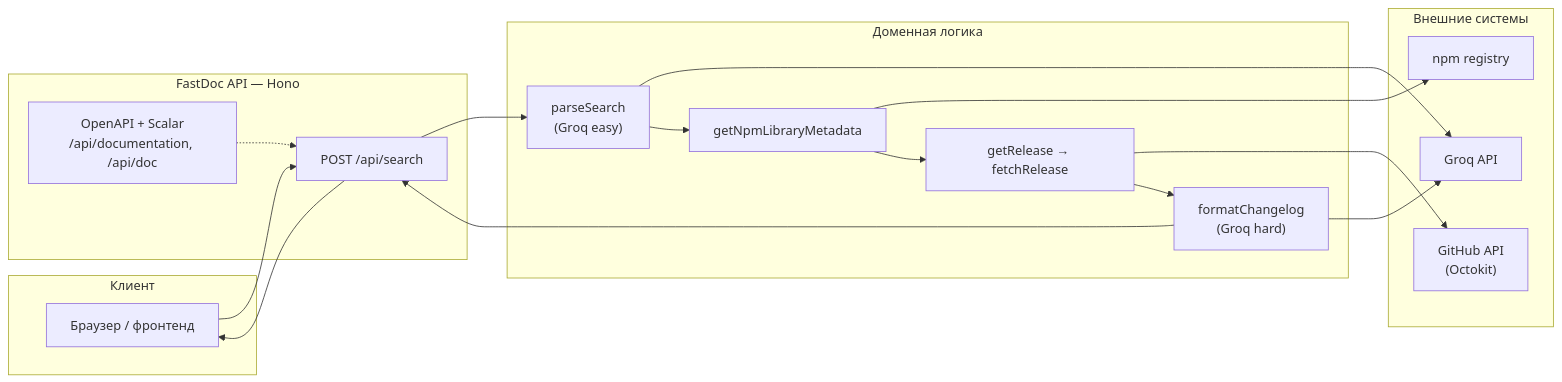
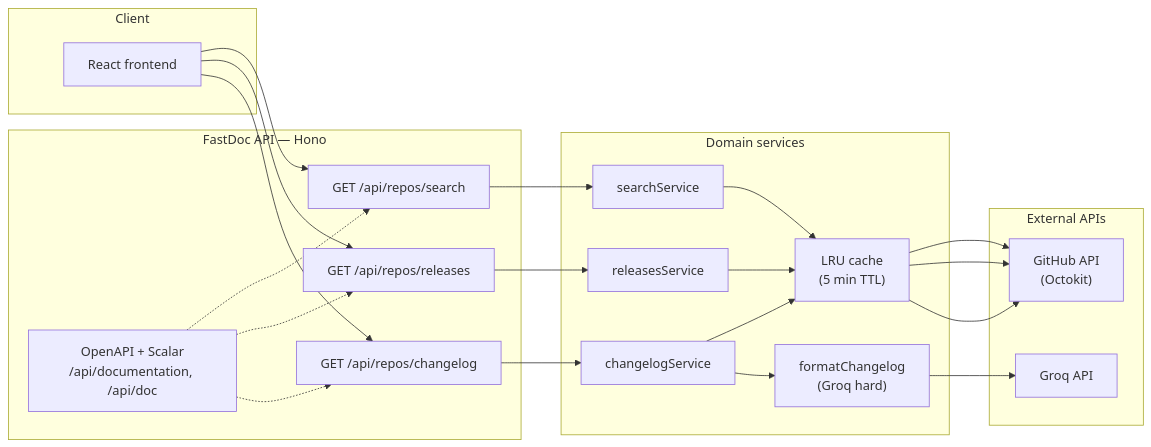
One commit to soto0/FastDoc-backend changed the first of 2 diagrams in README.md. Above: the diagram before and after it, drawn with Mermaid. The commit also changed other lines of this file and 13 other files, not shown here.

````diff
--- a/README.md
+++ b/README.md
@@ -45,32 +46,33 @@
 ```mermaid
 flowchart LR
-    subgraph Client["Клиент"]
-        FE["Браузер / фронтенд"]
+    subgraph Client["Client"]
+        FE["React frontend"]
     end
 
     subgraph API["FastDoc API — Hono"]
-        R["POST /api/search"]
+        S["GET /api/repos/search"]
+        R["GET /api/repos/releases"]
+        C["GET /api/repos/changelog"]
         O["OpenAPI + Scalar\n/api/documentation, /api/doc"]
     end
 
-    subgraph Core["Доменная логика"]
-        PS["parseSearch\n(Groq easy)"]
-        NPM["getNpmLibraryMetadata"]
-        GR["getRelease → fetchRelease"]
+    subgraph Core["Domain services"]
+        RS["searchService"]
+        RL["releasesService"]
+        CL["changelogService"]
         FC["formatChangelog\n(Groq hard)"]
+        CACHE["LRU cache\n(5 min TTL)"]
     end
 
-    subgraph External["Внешние системы"]
+    subgraph External["External APIs"]
         GROQ["Groq API"]
-        REG["npm registry"]
         GH["GitHub API\n(Octokit)"]
     end
 
-    FE --> R
-    R --> PS --> GROQ
-    PS --> NPM --> REG
-    NPM --> GR --> GH
-    GR --> FC --> GROQ
-    FC --> R --> FE
-    O -.-> R
+    FE --> S & R & C
+    S --> RS --> CACHE --> GH
+    R --> RL --> CACHE --> GH
+    C --> CL --> CACHE --> GH
+    CL --> FC --> GROQ
+    O -.-> S & R & C
 ```
````
